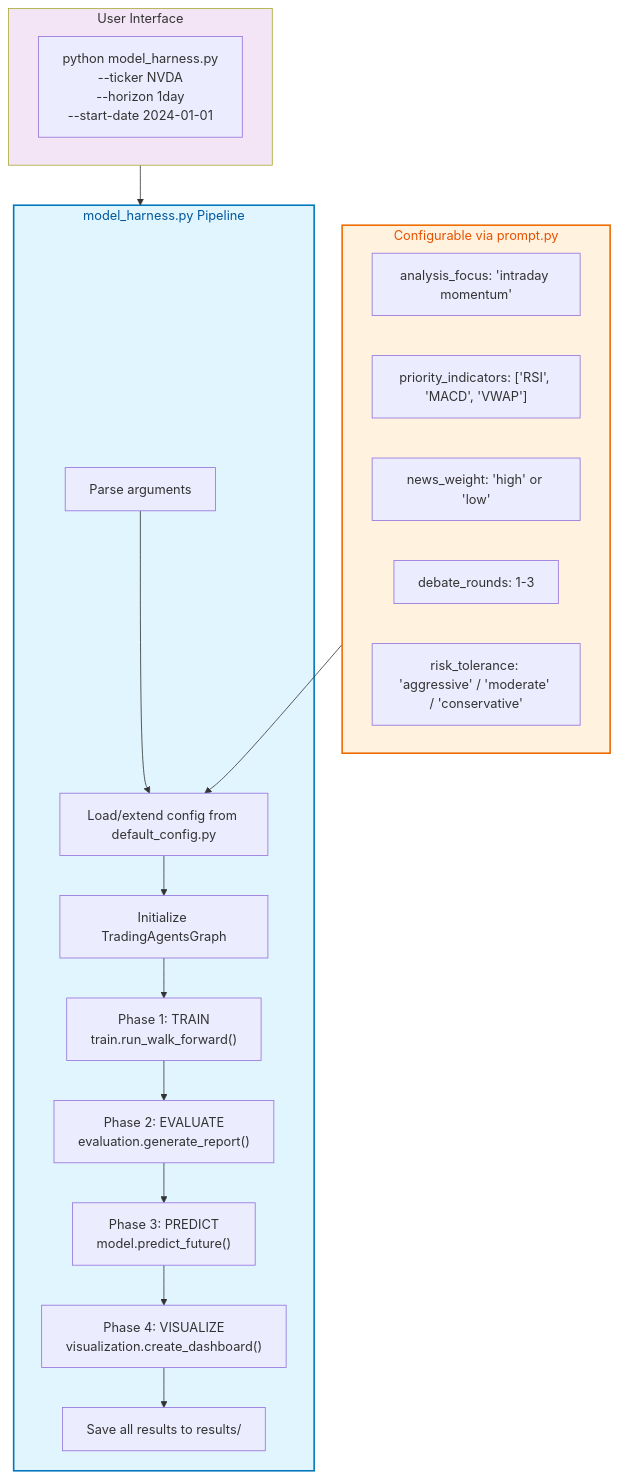
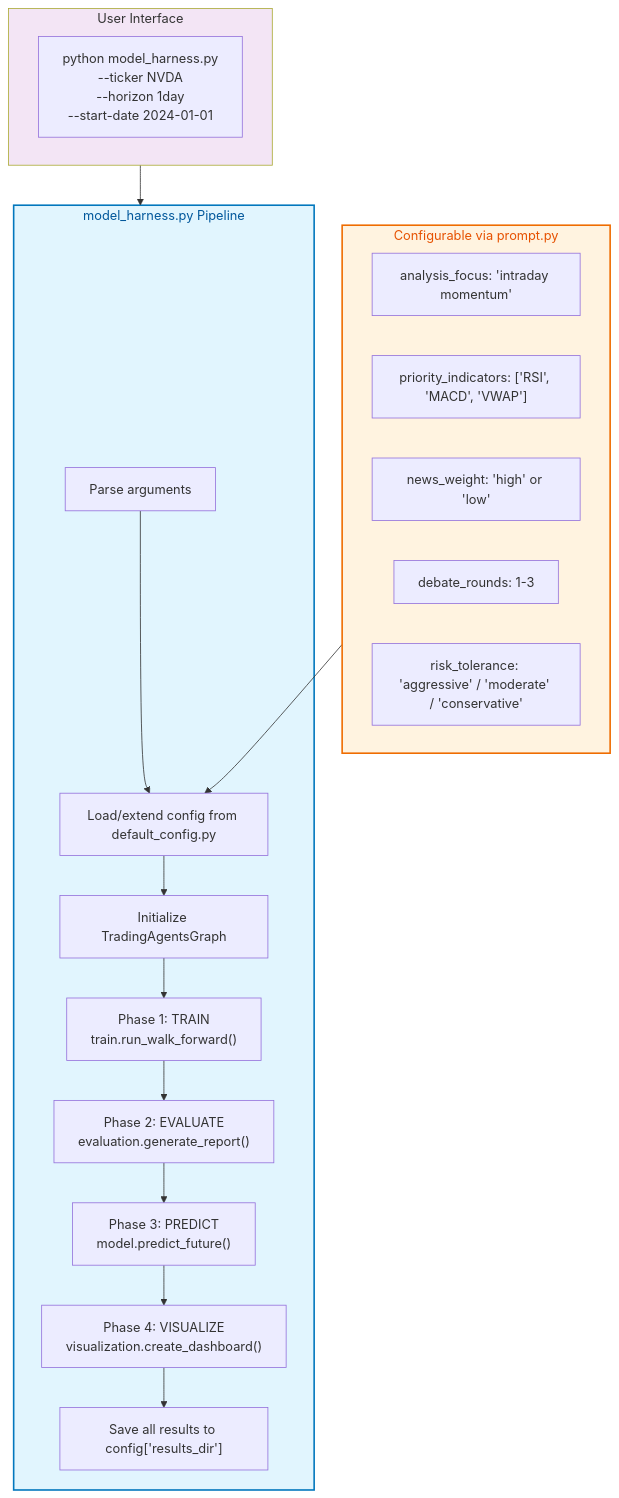
One commit to TauricResearch/TradingAgents changed the eighth of 12 diagrams in docs/proposals/RFC_AUTORESEARCH_INTRADAY.md. Above: the diagram before and after it, drawn with Mermaid. The commit also changed other lines of this file and 1 other file, not shown here.

````diff
--- a/docs/proposals/RFC_AUTORESEARCH_INTRADAY.md
+++ b/docs/proposals/RFC_AUTORESEARCH_INTRADAY.md
@@ -356,36 +358,36 @@
 ```mermaid
 flowchart TD
     subgraph CLI["User Interface"]
         U1["python model_harness.py<br/>  --ticker NVDA<br/>  --horizon 1day<br/>  --start-date 2024-01-01"]
     end
 
     subgraph HARNESS["model_harness.py Pipeline"]
         H1["Parse arguments"]
         H2["Load/extend config from default_config.py"]
         H3["Initialize TradingAgentsGraph"]
 
         H4["Phase 1: TRAIN<br/>train.run_walk_forward()"]
         H5["Phase 2: EVALUATE<br/>evaluation.generate_report()"]
         H6["Phase 3: PREDICT<br/>model.predict_future()"]
         H7["Phase 4: VISUALIZE<br/>visualization.create_dashboard()"]
 
-        H8["Save all results to results/"]
+        H8["Save all results to config['results_dir']"]
 
         H1 --> H2 --> H3 --> H4 --> H5 --> H6 --> H7 --> H8
     end
 
     subgraph CONFIG_OPTIONS["Configurable via prompt.py"]
         C1["analysis_focus: 'intraday momentum'"]
         C2["priority_indicators: ['RSI', 'MACD', 'VWAP']"]
         C3["news_weight: 'high' or 'low'"]
         C4["debate_rounds: 1-3"]
         C5["risk_tolerance: 'aggressive' / 'moderate' / 'conservative'"]
     end
 
     CLI --> HARNESS
     CONFIG_OPTIONS --> H2
 
     style CLI fill:#f3e5f5
     style HARNESS fill:#e1f5fe,stroke:#0277bd,stroke-width:2px,color:#01579b
     style CONFIG_OPTIONS fill:#fff3e0,stroke:#ef6c00,stroke-width:2px,color:#e65100
 ```
````
